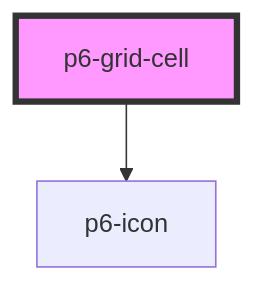
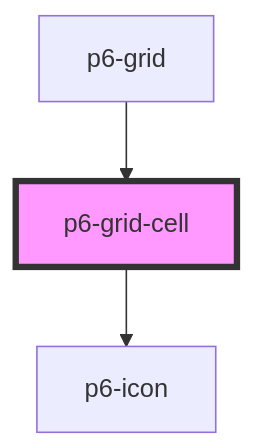
One commit to amalto/platform6-ui-components changed the diagram in src/components/atoms/p6-grid-cell/readme.md. Above: the diagram before and after it, drawn with Mermaid. The commit also changed other lines of this file and 11 other files, not shown here.

````diff
--- a/src/components/atoms/p6-grid-cell/readme.md
+++ b/src/components/atoms/p6-grid-cell/readme.md
@@ -29,5 +40,6 @@
 ```mermaid
 graph TD;
   p6-grid-cell --> p6-icon
+  p6-grid --> p6-grid-cell
   style p6-grid-cell fill:#f9f,stroke:#333,stroke-width:4px
 ```
````
